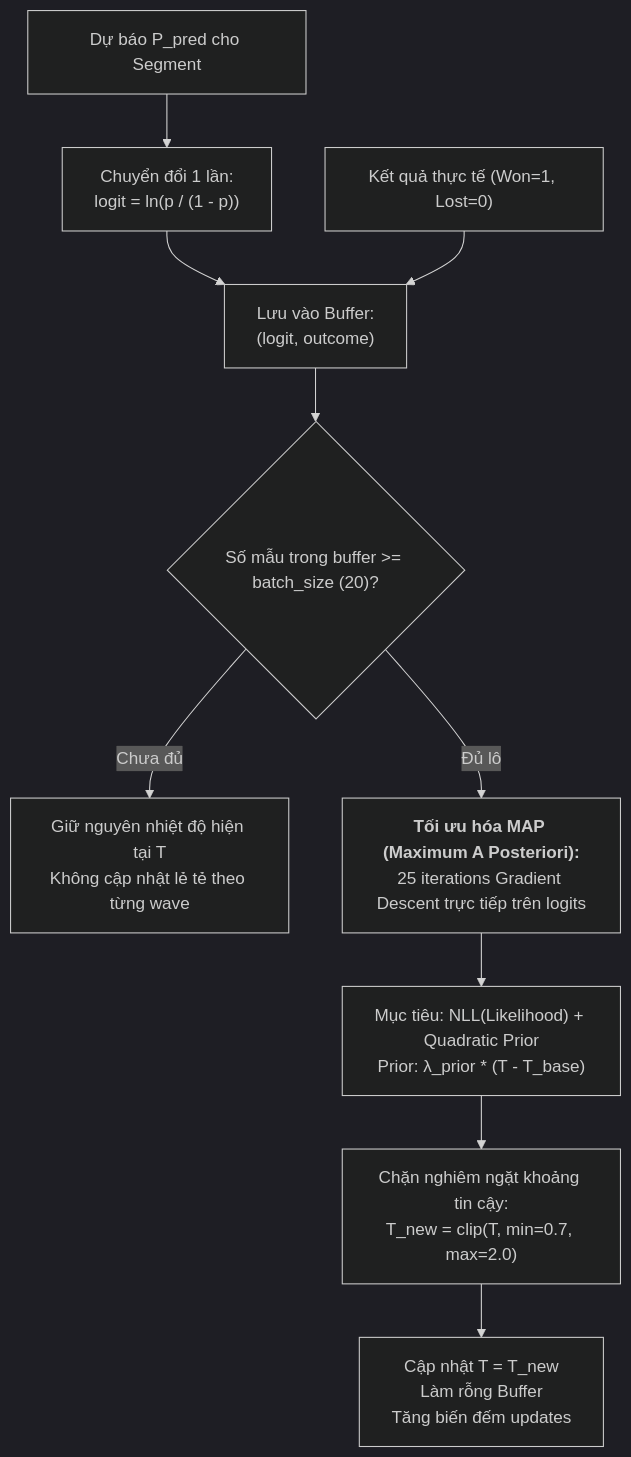
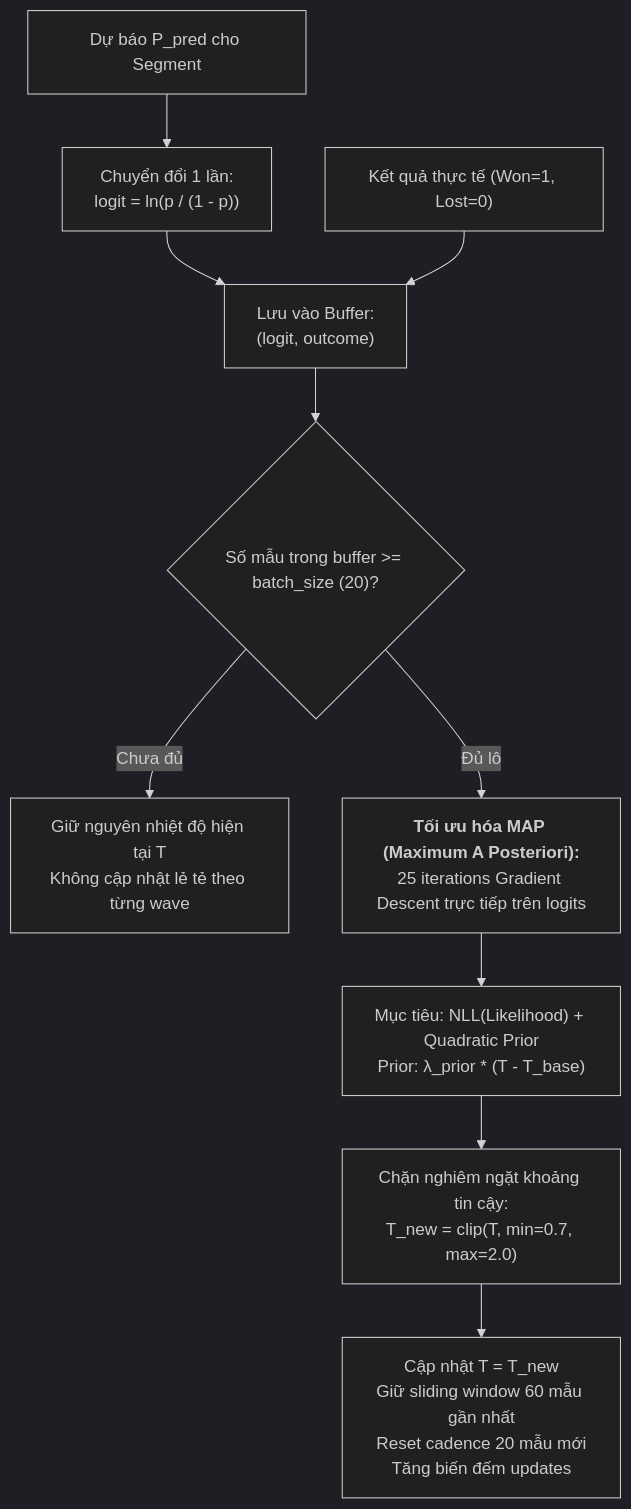
One commit to sonbm-itealvn/DDA-models changed the eighth of 12 diagrams in SYSTEM_ARCHITECTURE_ANALYSIS.md. Above: the diagram before and after it, drawn with Mermaid (dark theme). The commit also changed other lines of this file and 10 other files, not shown here.

Commit message:
Align code with system architecture analysis

````diff
--- a/SYSTEM_ARCHITECTURE_ANALYSIS.md
+++ b/SYSTEM_ARCHITECTURE_ANALYSIS.md
@@ -424,14 +424,14 @@
 ```mermaid
 flowchart TD
     Pred["Dự báo P_pred cho Segment"] --> LogitCalc["Chuyển đổi 1 lần:<br/>logit = ln(p / (1 - p))"]
     LogitCalc --> Buffer["Lưu vào Buffer:<br/>(logit, outcome)"]
     Outcome["Kết quả thực tế (Won=1, Lost=0)"] --> Buffer
     
     Buffer --> Check{"Số mẫu trong buffer >= batch_size (20)?"}
     Check -- Chưa đủ --> Wait["Giữ nguyên nhiệt độ hiện tại T<br/>Không cập nhật lẻ tẻ theo từng wave"]
     Check -- Đủ lô --> Optimize["<b>Tối ưu hóa MAP (Maximum A Posteriori):</b><br/>25 iterations Gradient Descent trực tiếp trên logits"]
     
     Optimize --> Loss["Mục tiêu: NLL(Likelihood) + Quadratic Prior<br/>Prior: λ_prior * (T - T_base)"]
     Loss --> Clamp["Chặn nghiêm ngặt khoảng tin cậy:<br/>T_new = clip(T, min=0.7, max=2.0)"]
-    Clamp --> Clear["Cập nhật T = T_new<br/>Làm rỗng Buffer<br/>Tăng biến đếm updates"]
+    Clamp --> Clear["Cập nhật T = T_new<br/>Giữ sliding window 60 mẫu gần nhất<br/>Reset cadence 20 mẫu mới<br/>Tăng biến đếm updates"]
 ```
````
